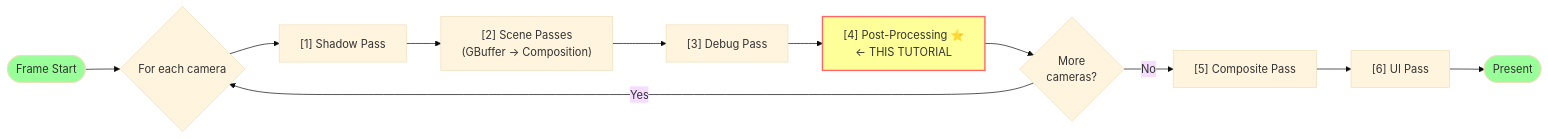
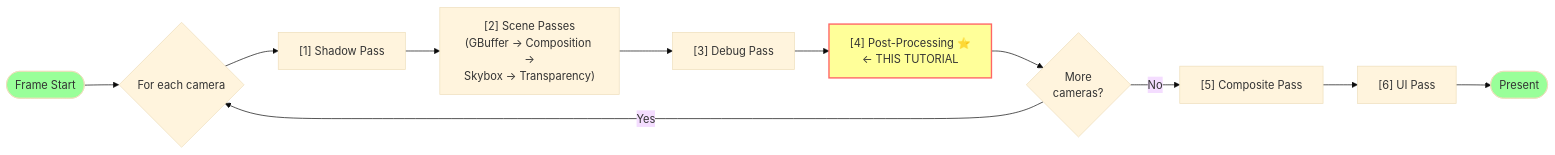
One commit to hlavacs/Vienna-WebGPU-Engine changed the diagram in doc/tutorials/04_postprocessing.md. Above: the diagram before and after it, drawn with Mermaid (base theme). The commit also changed other lines of this file and 72 other files, not shown here.

````diff
--- a/doc/tutorials/04_postprocessing.md
+++ b/doc/tutorials/04_postprocessing.md
@@ -44,21 +44,21 @@
 ```mermaid
 graph LR
     Start([Frame Start]) --> Loop{For each camera}
     
     Loop --> Shadow["[1] Shadow Pass"]
-    Shadow --> Mesh["[2] Scene Passes<br/>(GBuffer → Composition)"]
+    Shadow --> Mesh["[2] Scene Passes<br/>(GBuffer → Composition →<br/>Skybox → Transparency)"]
     Mesh --> Debug["[3] Debug Pass"]
     Debug --> Post["[4] Post-Processing ⭐<br/>← THIS TUTORIAL"]
     
     Post --> LoopEnd{More<br/>cameras?}
     LoopEnd -->|Yes| Loop
     LoopEnd -->|No| Composite
     
     Composite["[5] Composite Pass"]
     Composite --> UI["[6] UI Pass"]
     UI --> Present([Present])
     
     style Post fill:#ff9,stroke:#f66,stroke-width:2px
     style Start fill:#9f9
     style Present fill:#9f9
 ```
````
